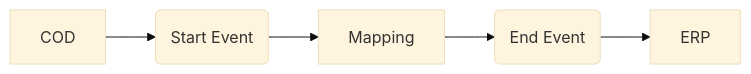
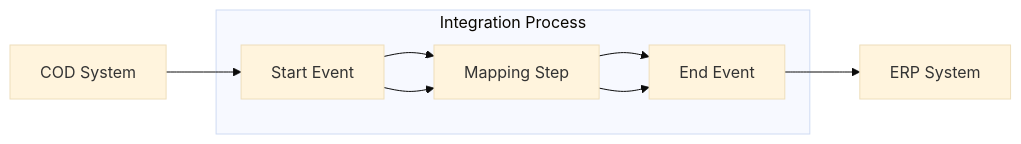
Before and after one commit to Avvale-IA-CICD/AvvaleCPI: the diagram in MMZ - Cell Iflows/Check_Connectivity_to_SAP_Business_Suite_MMZ-1.0.4/readme.md, drawn with Mermaid (base theme). The commit also changed other lines of this file, not shown here.

````diff
--- a/MMZ - Cell Iflows/Check_Connectivity_to_SAP_Business_Suite_MMZ-1.0.4/readme.md
+++ b/MMZ - Cell Iflows/Check_Connectivity_to_SAP_Business_Suite_MMZ-1.0.4/readme.md
@@ -4,7 +4,11 @@
 ```mermaid
 graph LR
-    COD[COD] --> StartEvent(Start Event)
-    StartEvent --> Mapping[Mapping]
-    Mapping --> EndEvent(End Event)
-    EndEvent --> ERP[ERP]
+    COD[COD System] --> Start
+    Start[Start Event] --> Mapping
+    Mapping[Mapping Step] --> End
+    End[End Event] --> ERP[ERP System]
+    subgraph Integration Process
+    Start --> Mapping
+    Mapping --> End
+    end
 ```
````
